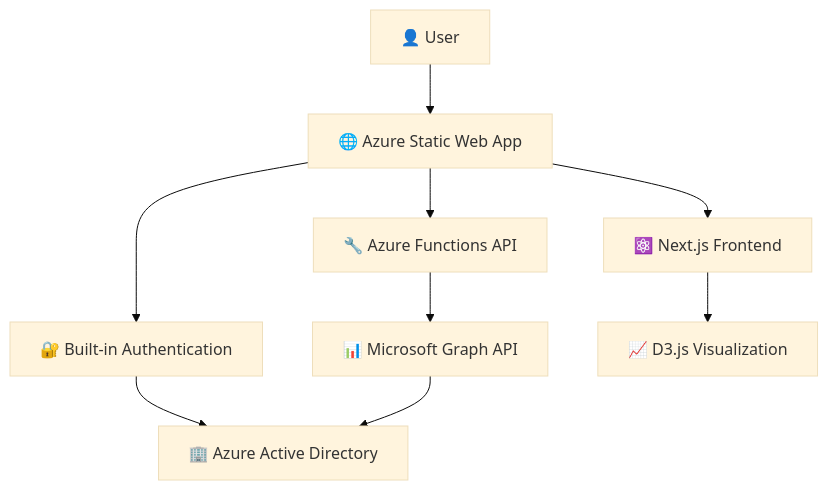
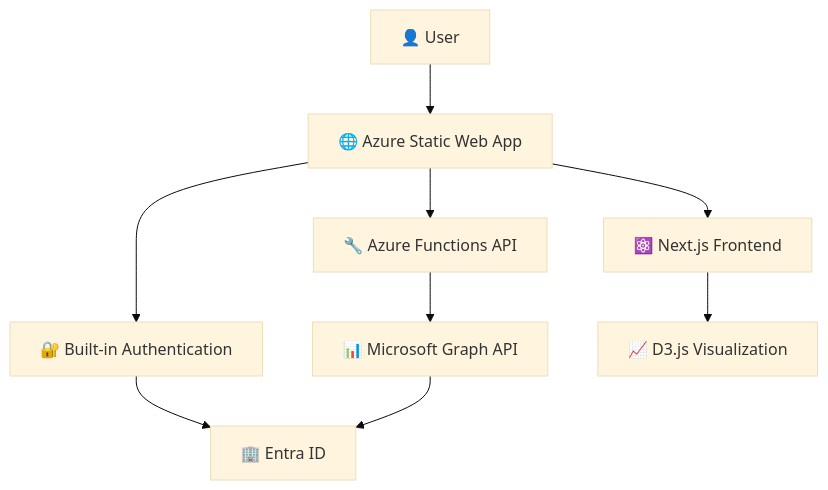
The diagram in README.md (OfirGavish/Group-Tree-Membership-Visualizer), drawn with Mermaid (base theme) before and after one commit.

Commit message:
updated diagram

````diff
--- a/README.md
+++ b/README.md
@@ -111,14 +111,14 @@
 ```mermaid
 graph TB
     User[👤 User] --> SWA[🌐 Azure Static Web App]
     SWA --> Frontend[⚛️ Next.js Frontend]
     SWA --> API[🔧 Azure Functions API]
     
     SWA --> Auth[🔐 Built-in Authentication]
     API --> Graph[📊 Microsoft Graph API]
     
-    Auth --> AAD[🏢 Azure Active Directory]
-    Graph --> AAD
+    Auth --> EID[🏢 Entra ID]
+    Graph --> EID
     
     Frontend --> D3[📈 D3.js Visualization]
 ```
````
